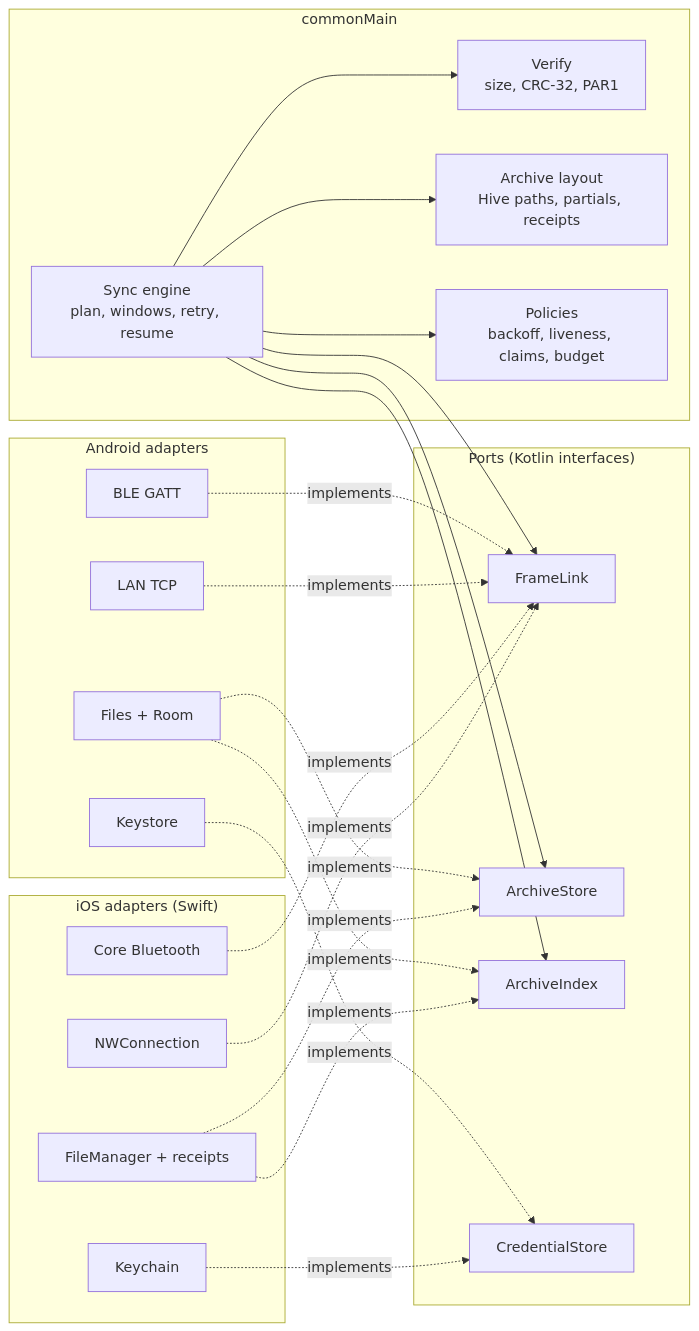
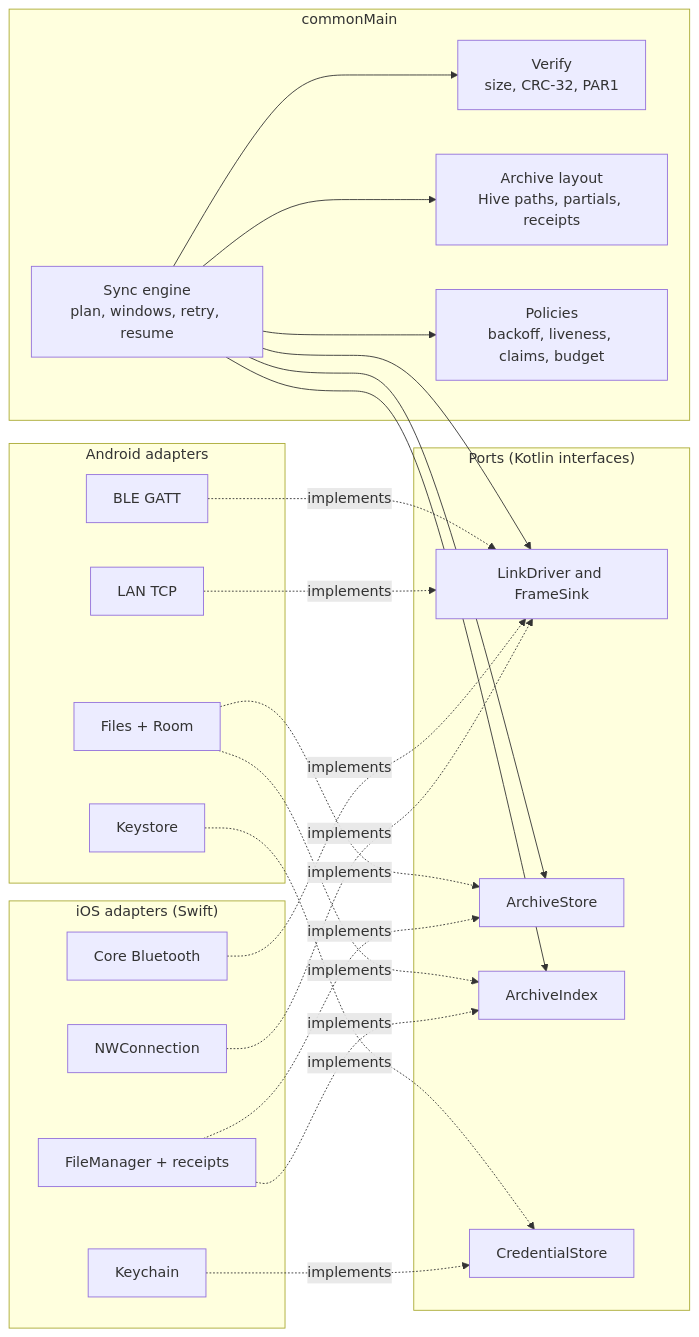
The diagram in docs/cross-platform-guide.md (walkthru-earth/opensensor-space-mobile), drawn with Mermaid before and after one commit. The commit also changed other lines of this file and 11 other files, not shown here.

````diff
--- a/docs/cross-platform-guide.md
+++ b/docs/cross-platform-guide.md
@@ -50,35 +50,35 @@
 ```mermaid
 flowchart LR
   subgraph shared["commonMain"]
     E[Sync engine<br/>plan, windows, retry, resume]
     V[Verify<br/>size, CRC-32, PAR1]
     L[Archive layout<br/>Hive paths, partials, receipts]
     P[Policies<br/>backoff, liveness, claims, budget]
   end
   subgraph ports["Ports (Kotlin interfaces)"]
-    FL[FrameLink]
+    FL[LinkDriver and FrameSink]
     AS[ArchiveStore]
     AI[ArchiveIndex]
     CS[CredentialStore]
   end
   subgraph a["Android adapters"]
     AB[BLE GATT]
     AL[LAN TCP]
     AF[Files + Room]
     AK[Keystore]
   end
   subgraph i["iOS adapters (Swift)"]
     IB[Core Bluetooth]
     IL[NWConnection]
     IF[FileManager + receipts]
     IK[Keychain]
   end
   E --> FL & AS & AI
   E --> V & L & P
   AB & AL -.implements.-> FL
   IB & IL -.implements.-> FL
   AF -.implements.-> AS & AI
   IF -.implements.-> AS & AI
   AK -.implements.-> CS
   IK -.implements.-> CS
 ```
````
